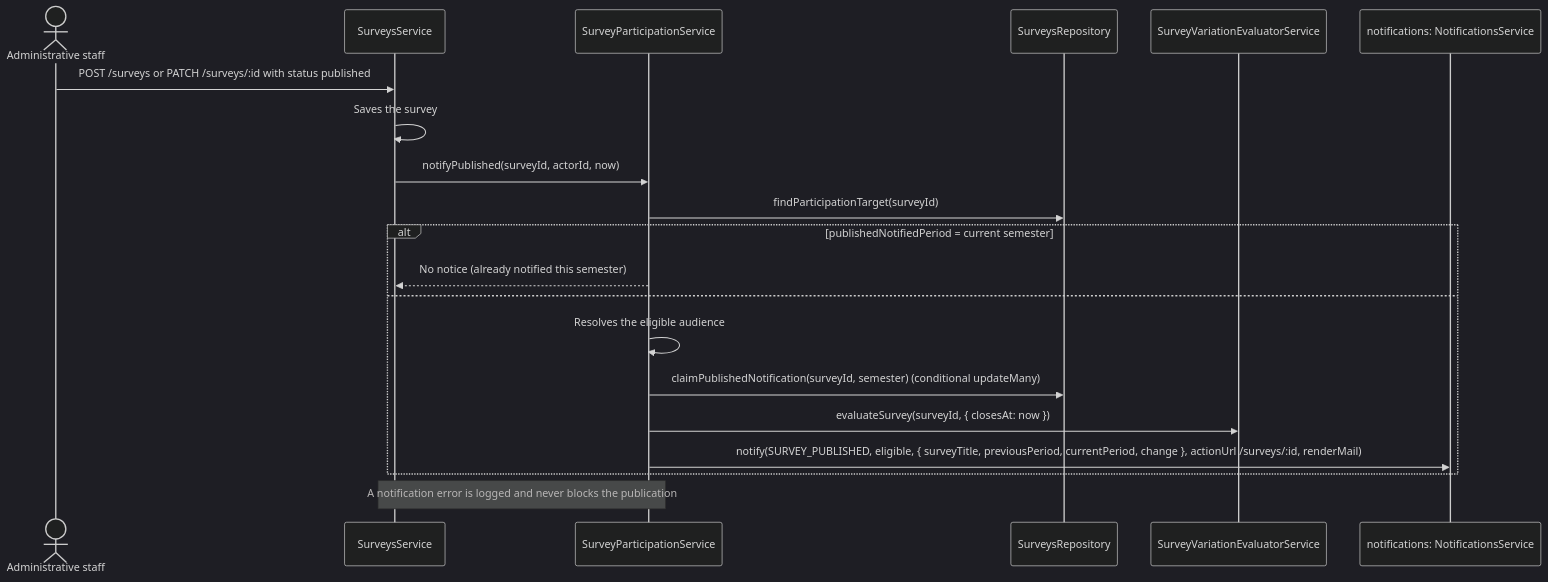
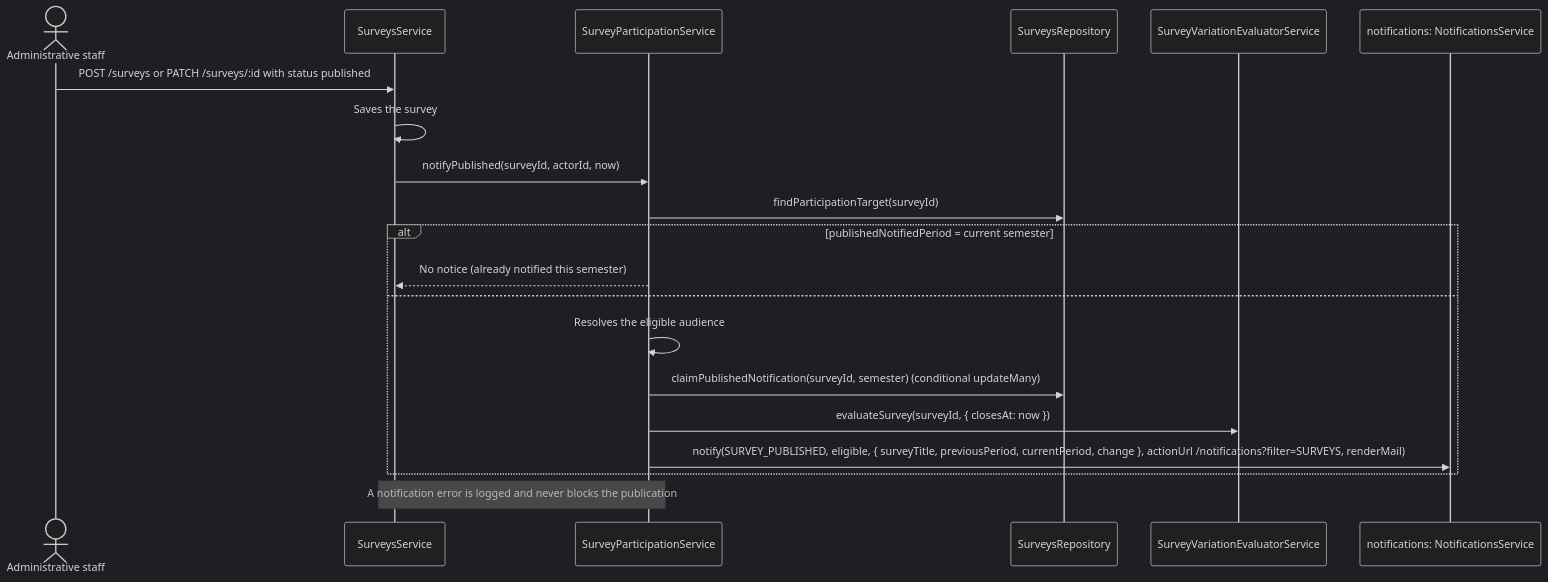
The second of 5 diagrams in docs/surveys/README.md (UMSSY/umssy-app), drawn with Mermaid (dark theme) before and after one commit. The commit also changed other lines of this file and 22 other files, not shown here.

Commit message:
feat(surveys): use the central notifications inbox for survey notices

````diff
--- a/docs/surveys/README.md
+++ b/docs/surveys/README.md
@@ -79,22 +79,22 @@
 ```mermaid
 sequenceDiagram
   actor A as Administrative staff
   participant S as SurveysService
   participant P as SurveyParticipationService
   participant R as SurveysRepository
   participant E as SurveyVariationEvaluatorService
   participant N as notifications: NotificationsService
   A->>S: POST /surveys or PATCH /surveys/:id with status published
   S->>S: Saves the survey
   S->>P: notifyPublished(surveyId, actorId, now)
   P->>R: findParticipationTarget(surveyId)
   alt publishedNotifiedPeriod = current semester
     P-->>S: No notice (already notified this semester)
   else
     P->>P: Resolves the eligible audience
     P->>R: claimPublishedNotification(surveyId, semester) (conditional updateMany)
     P->>E: evaluateSurvey(surveyId, { closesAt: now })
-    P->>N: notify(SURVEY_PUBLISHED, eligible, { surveyTitle, previousPeriod, currentPeriod, change }, actionUrl /surveys/:id, renderMail)
+    P->>N: notify(SURVEY_PUBLISHED, eligible, { surveyTitle, previousPeriod, currentPeriod, change }, actionUrl /notifications?filter=SURVEYS, renderMail)
   end
   Note over S,P: A notification error is logged and never blocks the publication
 ```
````
